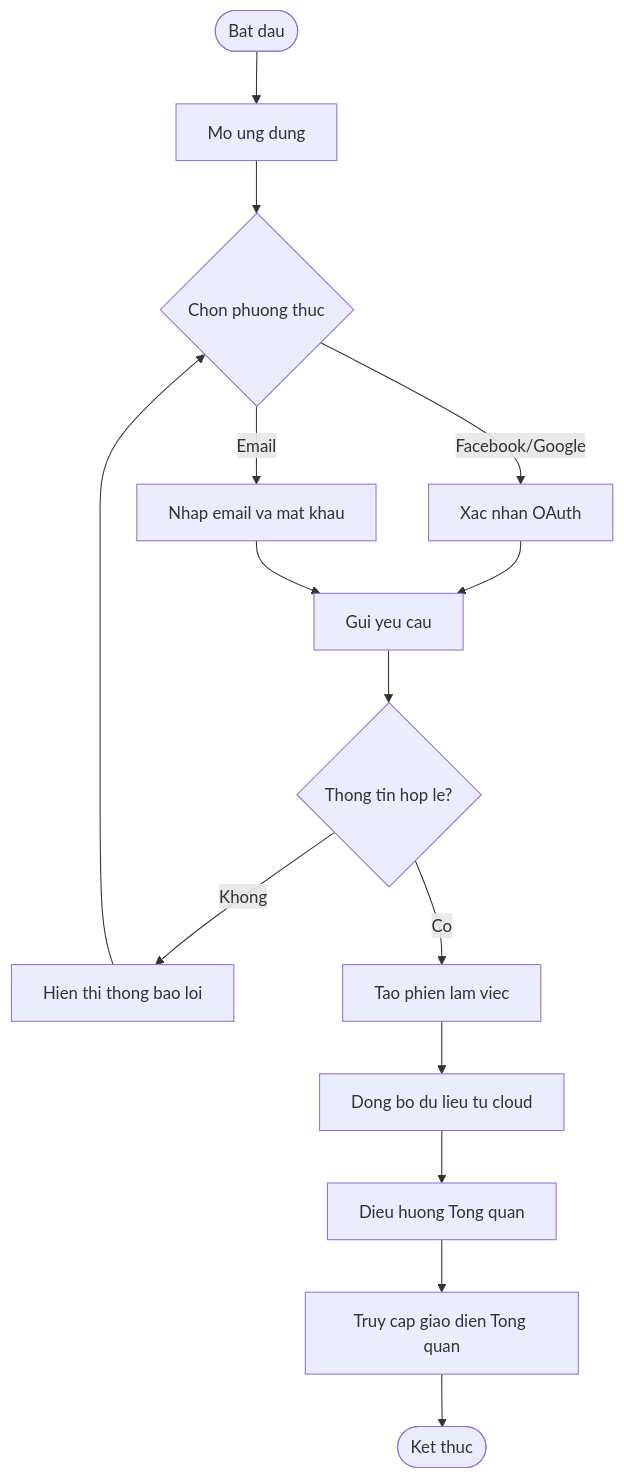
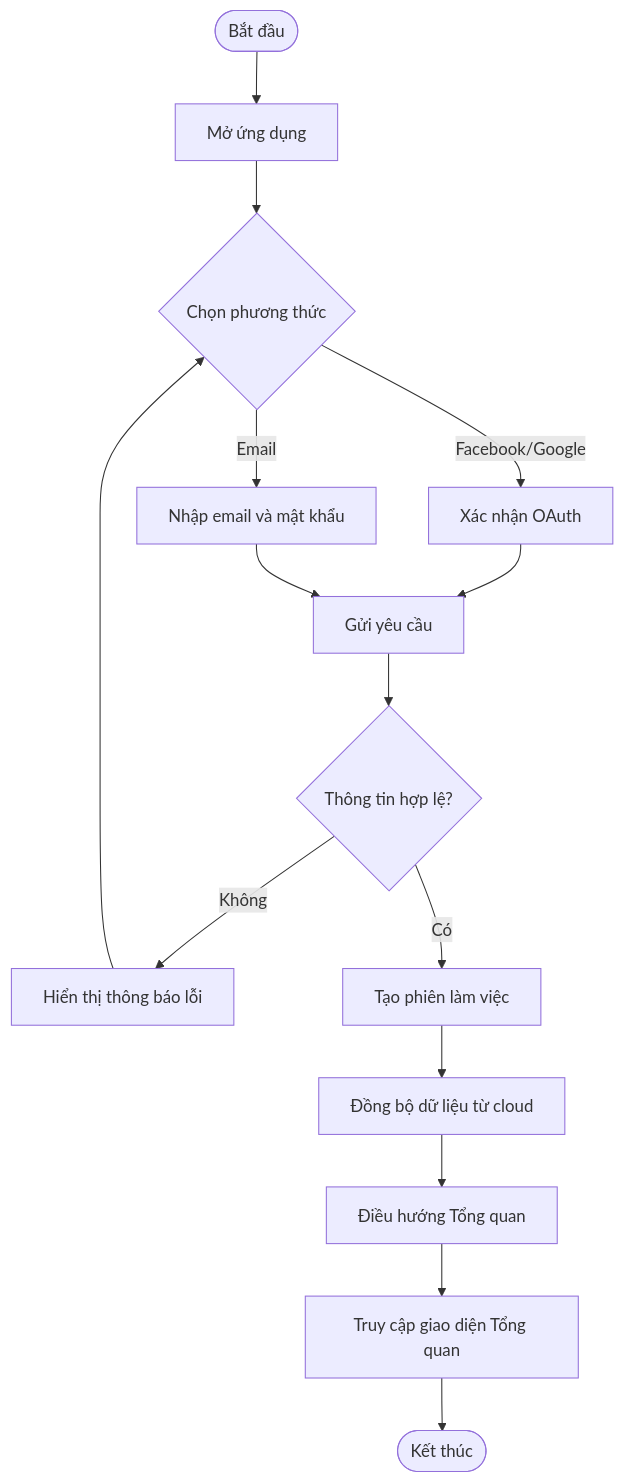
The second of 10 diagrams in Nghiên cứu MISA MoneyKeeper.md (Hieu-vn/Graduation-Thesis), drawn with Mermaid before and after one commit. The commit also changed other lines of this file, not shown here.

````diff
--- a/Nghiên cứu MISA MoneyKeeper.md
+++ b/Nghiên cứu MISA MoneyKeeper.md
@@ -66,16 +66,16 @@
 ```mermaid
 flowchart TD
-    A([Bat dau]) --> B[Mo ung dung]
-    B --> C{Chon phuong thuc}
-    C -->|Facebook/Google| D[Xac nhan OAuth]
-    C -->|Email| E[Nhap email va mat khau]
-    D --> F[Gui yeu cau]
+    A([Bắt đầu]) --> B[Mở ứng dụng]
+    B --> C{Chọn phương thức}
+    C -->|Facebook/Google| D[Xác nhận OAuth]
+    C -->|Email| E[Nhập email và mật khẩu]
+    D --> F[Gửi yêu cầu]
     E --> F
-    F --> G{Thong tin hop le?}
-    G -->|Khong| H[Hien thi thong bao loi] --> C
-    G -->|Co| I[Tao phien lam viec]
-    I --> I2[Dong bo du lieu tu cloud]
-    I2 --> I3[Dieu huong Tong quan]
-    I3 --> J[Truy cap giao dien Tong quan]
-    J --> K([Ket thuc])
+    F --> G{Thông tin hợp lệ?}
+    G -->|Không| H[Hiển thị thông báo lỗi] --> C
+    G -->|Có| I[Tạo phiên làm việc]
+    I --> I2[Đồng bộ dữ liệu từ cloud]
+    I2 --> I3[Điều hướng Tổng quan]
+    I3 --> J[Truy cập giao diện Tổng quan]
+    J --> K([Kết thúc])
 ```
````
